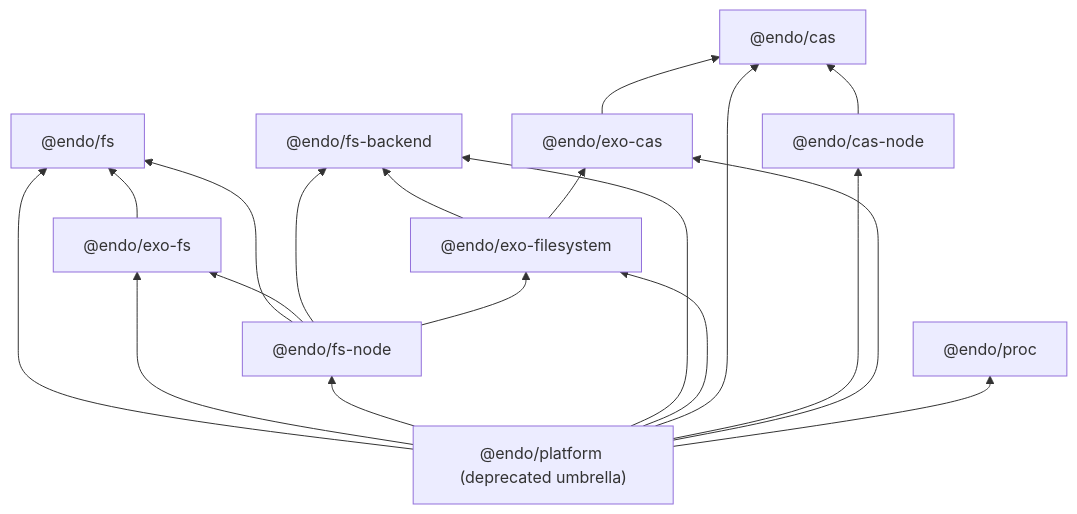
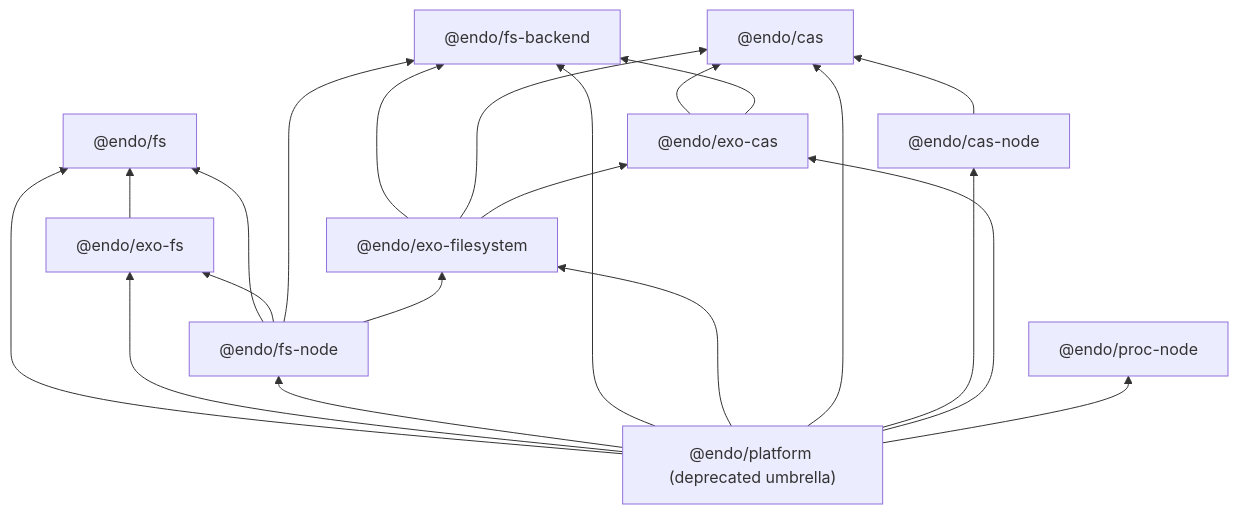
Before and after one commit to endojs/endo-but-for-bots: the diagram in designs/platform-dimension-packages.md, drawn with Mermaid. The commit also changed other lines of this file and 1 other file, not shown here.

First line of the commit message:
design(platform): apply panel round-1 must-fix items

````diff
--- a/designs/platform-dimension-packages.md
+++ b/designs/platform-dimension-packages.md
@@ -117,25 +147,27 @@
 ```mermaid
 graph BT
   fs["@endo/fs"]
   exofs["@endo/exo-fs"] --> fs
   fsnode["@endo/fs-node"] --> fs
   fsnode --> exofs
   cas["@endo/cas"]
   casnode["@endo/cas-node"] --> cas
+  fsbackend["@endo/fs-backend"]
   exocas["@endo/exo-cas"] --> cas
-  fsbackend["@endo/fs-backend"]
+  exocas --> fsbackend
   exofilesystem["@endo/exo-filesystem"] --> fsbackend
+  exofilesystem --> cas
   exofilesystem --> exocas
   fsnode --> fsbackend
   fsnode --> exofilesystem
-  proc["@endo/proc"]
+  procnode["@endo/proc-node"]
   platform["@endo/platform (deprecated umbrella)"] --> fs
   platform --> exofs
   platform --> fsnode
   platform --> fsbackend
   platform --> exofilesystem
   platform --> cas
   platform --> casnode
   platform --> exocas
-  platform --> proc
+  platform --> procnode
 ```
````
